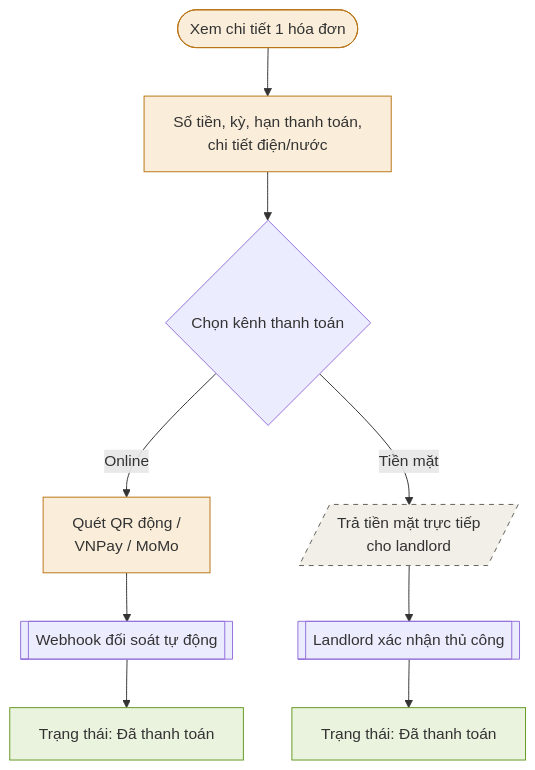
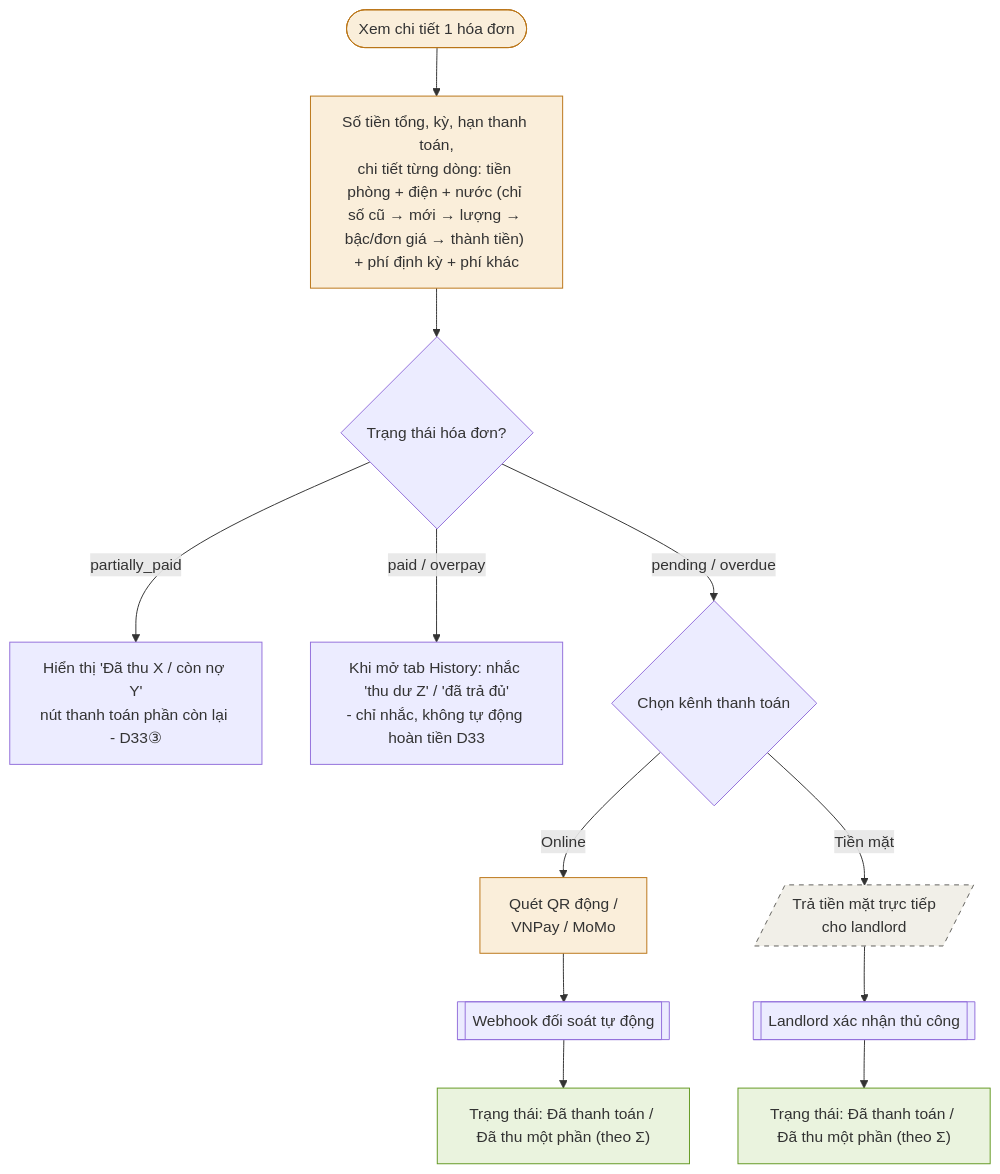
Diagram 14 of 19 in phase-1/discovery/user_flow/tenant-user-flow.md (pbl6-home-renter/docs), drawn with Mermaid before and after one commit. The commit also changed other lines of this file and 19 other files, not shown here.

Commit message:
feat: Enhance landlord and tenant user flows with detailed billing and fee structures

````diff
--- a/phase-1/discovery/user_flow/tenant-user-flow.md
+++ b/phase-1/discovery/user_flow/tenant-user-flow.md
@@ -325,18 +327,21 @@
 ```mermaid
 flowchart TD
-    Start(["Xem chi tiết 1 hóa đơn"]) --> Detail["Số tiền, kỳ, hạn thanh toán,\nchi tiết điện/nước"]
-    Detail --> Choose{"Chọn kênh thanh toán"}
+    Start(["Xem chi tiết 1 hóa đơn"]) --> Detail["Số tiền tổng, kỳ, hạn thanh toán,\nchi tiết từng dòng: tiền phòng + điện + nước (chỉ số cũ → mới → lượng → bậc/đơn giá → thành tiền) + phí định kỳ + phí khác"]
+    Detail --> Status{"Trạng thái hóa đơn?"}
+    Status -->|"partially_paid"| PartialNote["Hiển thị 'Đã thu X / còn nợ Y'\nnút thanh toán phần còn lại - D33③"]
+    Status -->|"paid / overpay"| HistoryTab["Khi mở tab History: nhắc 'thu dư Z' / 'đã trả đủ'\n- chỉ nhắc, không tự động hoàn tiền D33"]
+    Status -->|"pending / overdue"| Choose{"Chọn kênh thanh toán"}
     Choose -->|"Online"| QR["Quét QR động /\nVNPay / MoMo"]
     QR --> Webhook[["Webhook đối soát tự động"]]
-    Webhook --> Paid1["Trạng thái: Đã thanh toán"]
+    Webhook --> Paid1["Trạng thái: Đã thanh toán / Đã thu một phần (theo Σ)"]
     Choose -->|"Tiền mặt"| Cash[/"Trả tiền mặt trực tiếp\ncho landlord"/]
     Cash --> Confirm[["Landlord xác nhận thủ công"]]
-    Confirm --> Paid2["Trạng thái: Đã thanh toán"]
+    Confirm --> Paid2["Trạng thái: Đã thanh toán / Đã thu một phần (theo Σ)"]
 
     style Start fill:#faeeda,stroke:#ba7517
     style Detail fill:#faeeda,stroke:#ba7517
     style QR fill:#faeeda,stroke:#ba7517
     style Paid1 fill:#eaf3de,stroke:#639922
     style Paid2 fill:#eaf3de,stroke:#639922
     style Cash fill:#f1efe8,stroke:#5f5e5a,stroke-dasharray: 5 5
 ```
````
